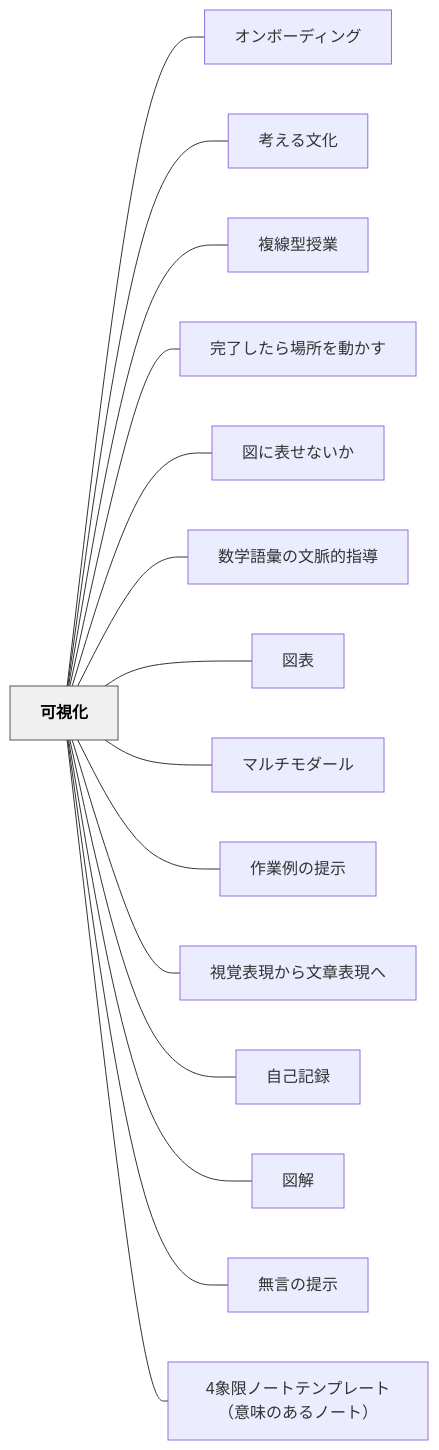
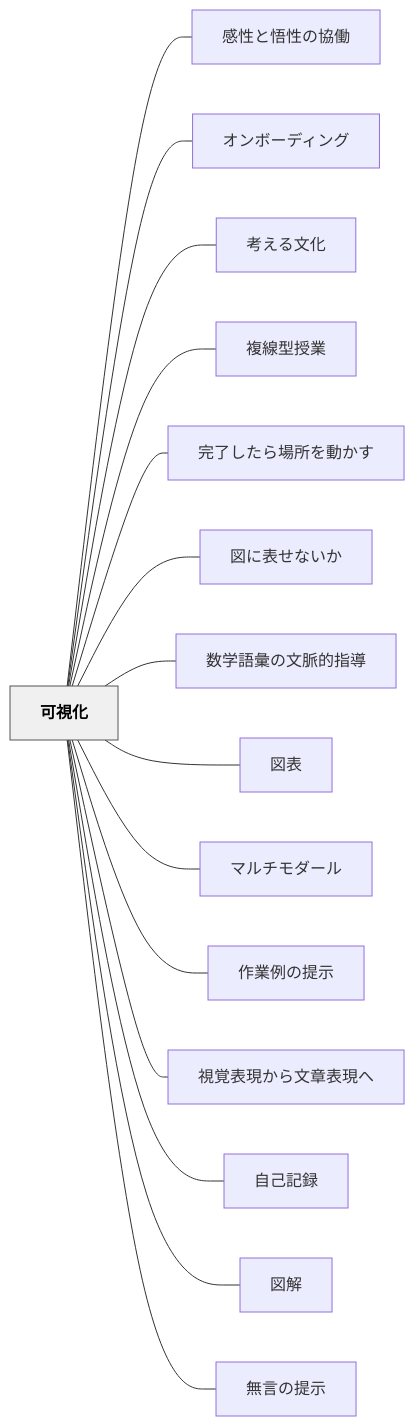
One commit to unknownthings-ed-patterns/unknownthings-ed-patterns changed the diagram in content/パタン/可視化.md. Above: the diagram before and after it, drawn with Mermaid. The commit also changed other lines of this file and 18 other files, not shown here.

````diff
--- a/content/パタン/可視化.md
+++ b/content/パタン/可視化.md
@@ -301,36 +302,36 @@
 ```mermaid
 flowchart LR
     ne58fafe8a696e58c96["可視化"]
+    ne6849fe680a7e381a8e6829fe680a7e381aee58d94e5838d["感性と悟性の協働"]
     ne382aae383b3e3839ce383bce38387e382a3e383b3e382b0["オンボーディング"]
     ne88083e38188e3828be69687e58c96["考える文化"]
     ne8a487e7b79ae59e8be68e88e6a5ad["複線型授業"]
     ne5ae8ce4ba86e38197e3819fe38289e5a0b4e68980e38292e58b95e3818be38199["完了したら場所を動かす"]
     ne59bb3e381abe8a1a8e3819be381aae38184e3818b["図に表せないか"]
     ne695b0e5ada6e8aa9ee5bd99e381aee69687e88488e79a84e68c87e5b08e["数学語彙の文脈的指導"]
     ne59bb3e8a1a8["図表"]
     ne3839ee383abe38381e383a2e38380e383bce383ab["マルチモダール"]
     ne4bd9ce6a5ade4be8be381aee68f90e7a4ba["作業例の提示"]
     ne8a696e8a69ae8a1a8e78fbee3818be38289e69687e7aba0e8a1a8e78fbee381b8["視覚表現から文章表現へ"]
     ne887aae5b7b1e8a898e98cb2["自己記録"]
     ne59bb3e8a7a3["図解"]
     ne784a1e8a880e381aee68f90e7a4ba["無言の提示"]
-    n34e8b1a1e99990e3838ee383bce38388e38386e383b3e38397e383ace383bce38388efbc88e6848fe591b3e381aee38182e3828be3838ee383bce38388efbc89["4象限ノートテンプレート（意味のあるノート）"]
 
+    ne58fafe8a696e58c96 --- ne6849fe680a7e381a8e6829fe680a7e381aee58d94e5838d
     ne58fafe8a696e58c96 --- ne382aae383b3e3839ce383bce38387e382a3e383b3e382b0
     ne58fafe8a696e58c96 --- ne88083e38188e3828be69687e58c96
     ne58fafe8a696e58c96 --- ne8a487e7b79ae59e8be68e88e6a5ad
     ne58fafe8a696e58c96 --- ne5ae8ce4ba86e38197e3819fe38289e5a0b4e68980e38292e58b95e3818be38199
     ne58fafe8a696e58c96 --- ne59bb3e381abe8a1a8e3819be381aae38184e3818b
     ne58fafe8a696e58c96 --- ne695b0e5ada6e8aa9ee5bd99e381aee69687e88488e79a84e68c87e5b08e
     ne58fafe8a696e58c96 --- ne59bb3e8a1a8
     ne58fafe8a696e58c96 --- ne3839ee383abe38381e383a2e38380e383bce383ab
     ne58fafe8a696e58c96 --- ne4bd9ce6a5ade4be8be381aee68f90e7a4ba
     ne58fafe8a696e58c96 --- ne8a696e8a69ae8a1a8e78fbee3818be38289e69687e7aba0e8a1a8e78fbee381b8
     ne58fafe8a696e58c96 --- ne887aae5b7b1e8a898e98cb2
     ne58fafe8a696e58c96 --- ne59bb3e8a7a3
     ne58fafe8a696e58c96 --- ne784a1e8a880e381aee68f90e7a4ba
-    ne58fafe8a696e58c96 --- n34e8b1a1e99990e3838ee383bce38388e38386e383b3e38397e383ace383bce38388efbc88e6848fe591b3e381aee38182e3828be3838ee383bce38388efbc89
 
     classDef hub fill:#f0f0f0,stroke:#555,color:#000,font-weight:bold
     class ne58fafe8a696e58c96 hub
 ```
````
